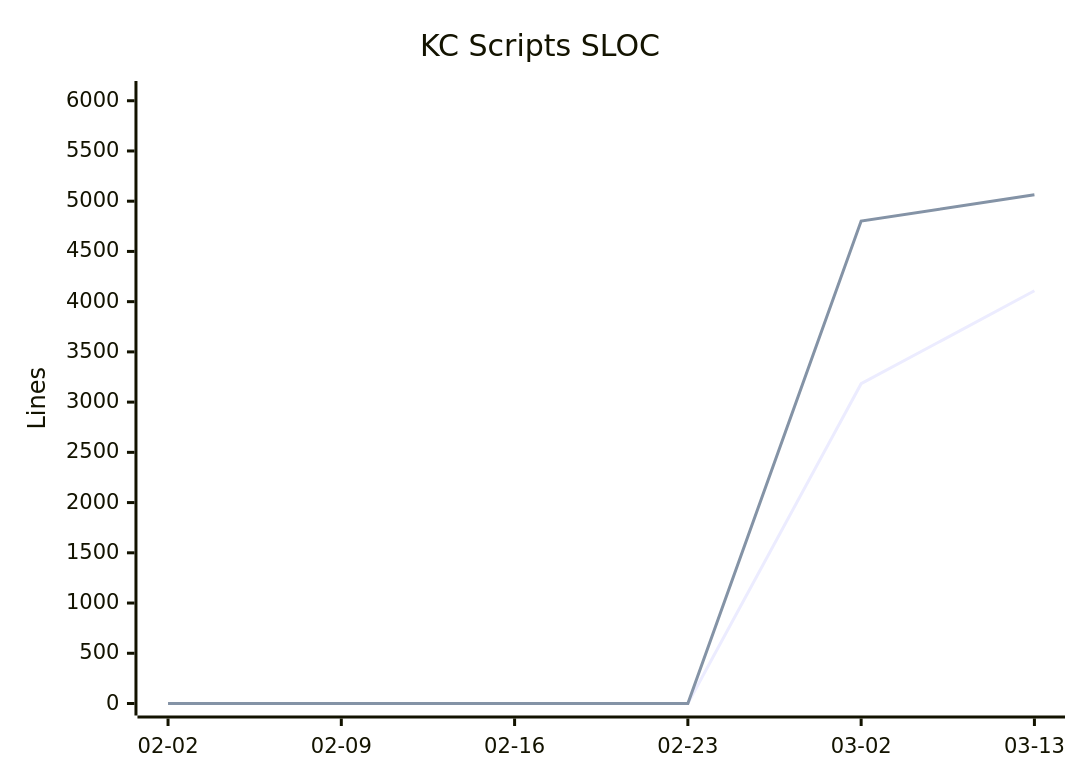
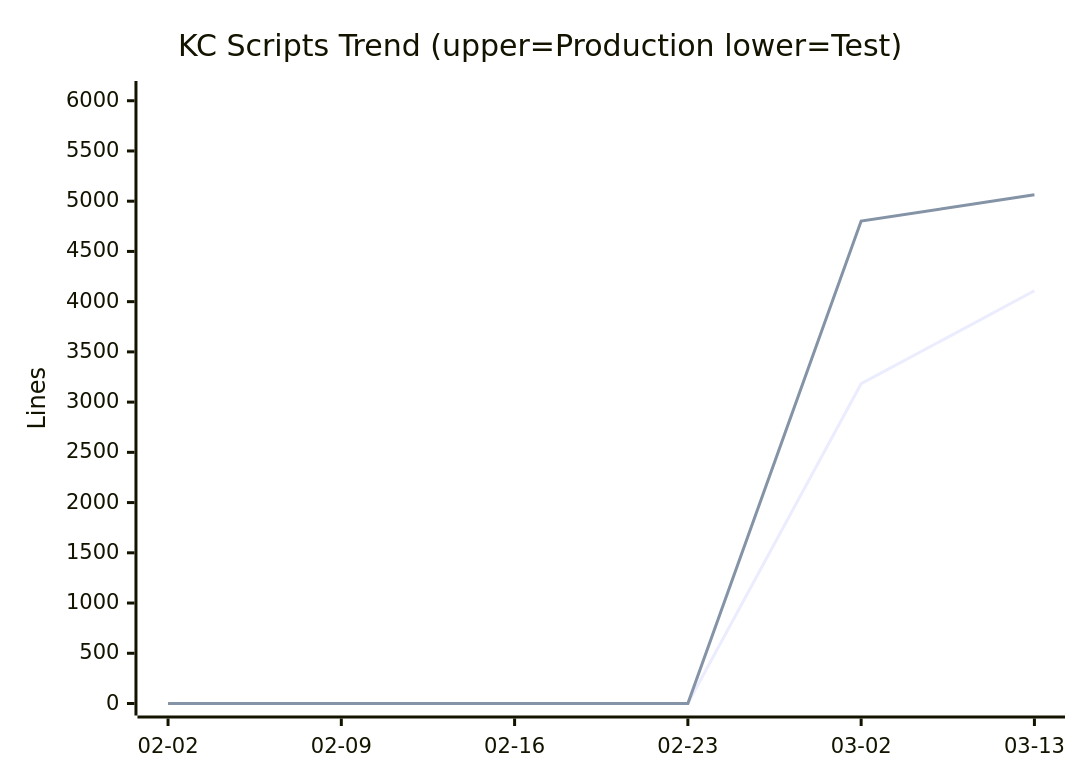
Before and after one commit to nablarch/nabledge-dev: diagram 14 of 14 in docs/metrics.md, drawn with Mermaid. The commit also changed other lines of this file and 4 other files, not shown here.

First line of the commit message:
feat: overhaul metrics output with charts, fix SLOC to v6 only, add label guidelines

````diff
--- a/docs/metrics.md
+++ b/docs/metrics.md
@@ -128,8 +134,8 @@
 ```mermaid
 xychart-beta
-  title "KC Scripts SLOC"
+  title "KC Scripts Trend (upper=Production  lower=Test)"
   x-axis ["02-02", "02-09", "02-16", "02-23", "03-02", "03-13"]
   y-axis "Lines" 0 --> 6077
   line [0, 0, 0, 0, 3183, 4109]
   line [0, 0, 0, 0, 4802, 5064]
 ```
````
